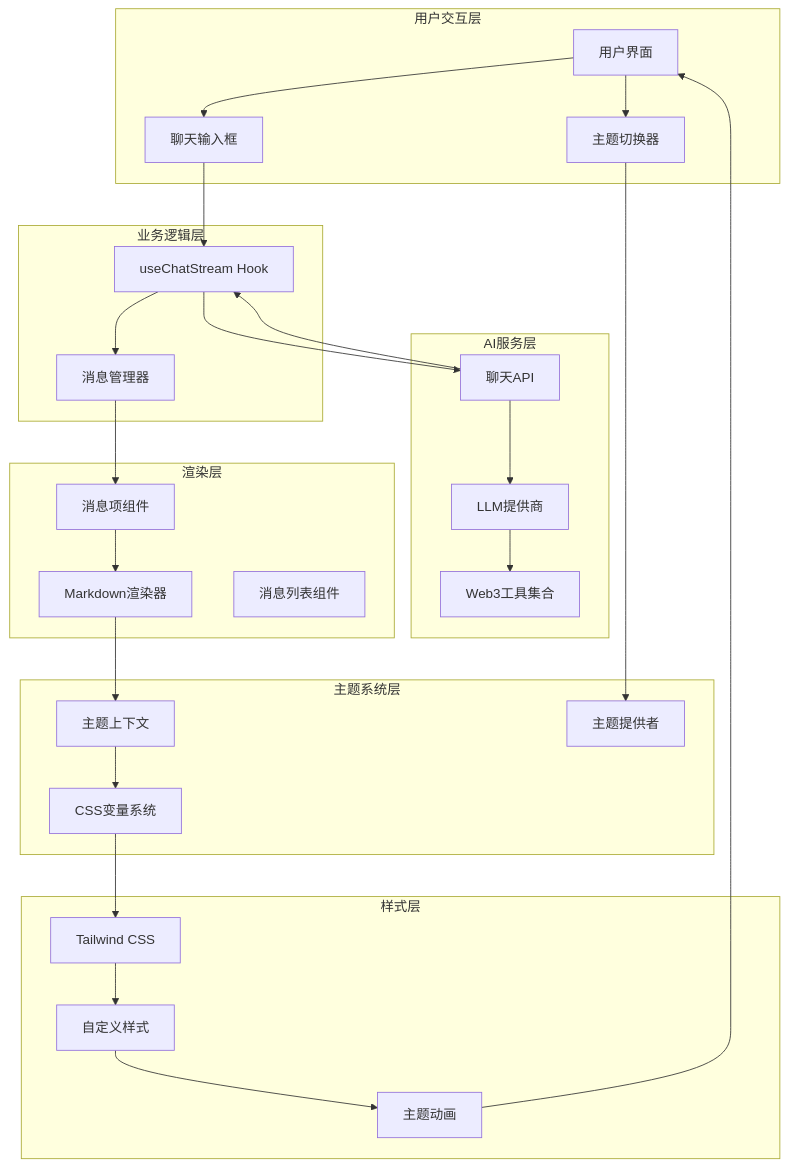
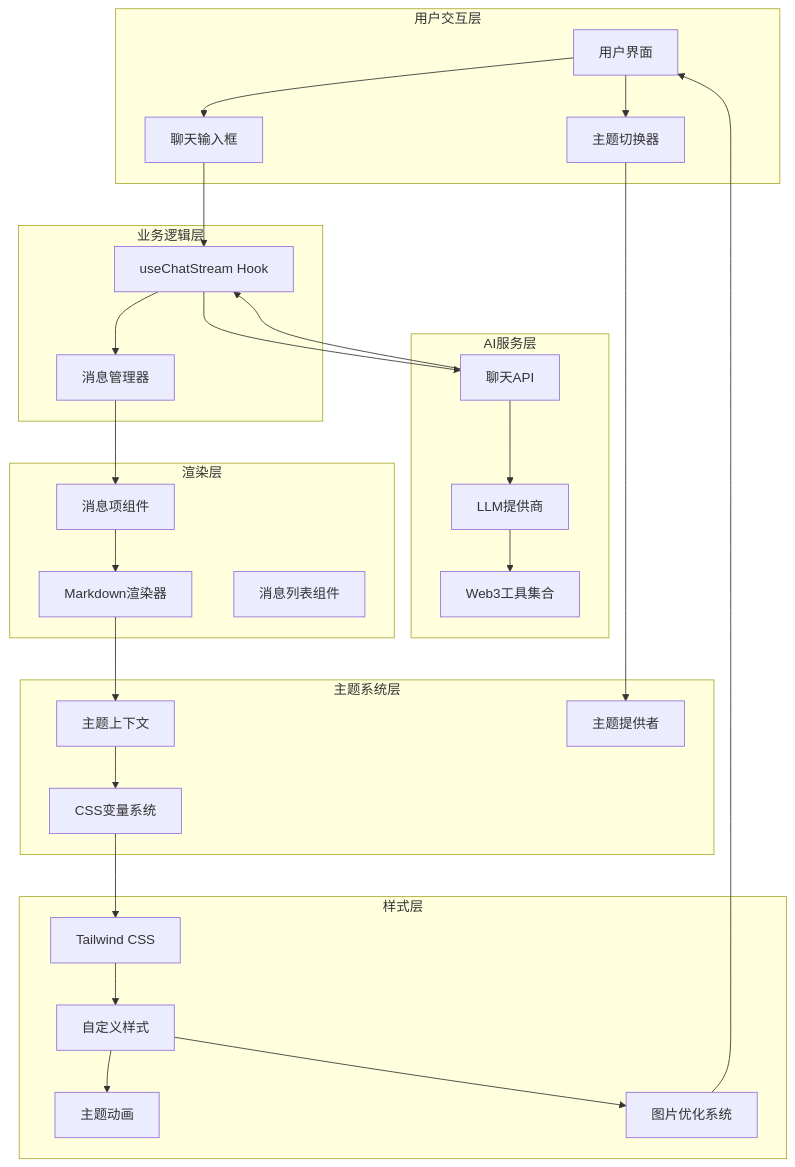
Before and after one commit to CryptoLinxu/Web3-AI-Agent: the third of 12 diagrams in .qoder/repowiki/zh/content/项目概述/整体架构概览/Web应用程序/Markdown渲染功能.md, drawn with Mermaid. The commit also changed other lines of this file and 5 other files, not shown here.

````diff
--- a/.qoder/repowiki/zh/content/项目概述/整体架构概览/Web应用程序/Markdown渲染功能.md
+++ b/.qoder/repowiki/zh/content/项目概述/整体架构概览/Web应用程序/Markdown渲染功能.md
@@ -161,49 +173,51 @@
 ```mermaid
 graph TB
 subgraph "用户交互层"
 UI[用户界面]
 Input[聊天输入框]
 ThemeSwitcher[主题切换器]
 end
 subgraph "业务逻辑层"
 StreamHook[useChatStream Hook]
 MessageManager[消息管理器]
 end
 subgraph "AI服务层"
 ChatAPI[聊天API]
 LLMProvider[LLM提供商]
 Tools[Web3工具集合]
 end
 subgraph "主题系统层"
 ThemeContext[主题上下文]
 ThemeProvider[主题提供者]
 CSSVariables[CSS变量系统]
 end
 subgraph "渲染层"
 MarkdownRenderer[Markdown渲染器]
 MessageItem[消息项组件]
 MessageList[消息列表组件]
 end
 subgraph "样式层"
 Tailwind[Tailwind CSS]
 CustomStyles[自定义样式]
 Animations[主题动画]
+ImageOptimization[图片优化系统]
 end
 UI --> Input
 UI --> ThemeSwitcher
 Input --> StreamHook
 ThemeSwitcher --> ThemeProvider
 StreamHook --> ChatAPI
 ChatAPI --> LLMProvider
 LLMProvider --> Tools
 ChatAPI --> StreamHook
 StreamHook --> MessageManager
 MessageManager --> MessageItem
 MessageItem --> MarkdownRenderer
 MarkdownRenderer --> ThemeContext
 ThemeContext --> CSSVariables
 CSSVariables --> Tailwind
 Tailwind --> CustomStyles
 CustomStyles --> Animations
-Animations --> UI
+CustomStyles --> ImageOptimization
+ImageOptimization --> UI
 ```
````
